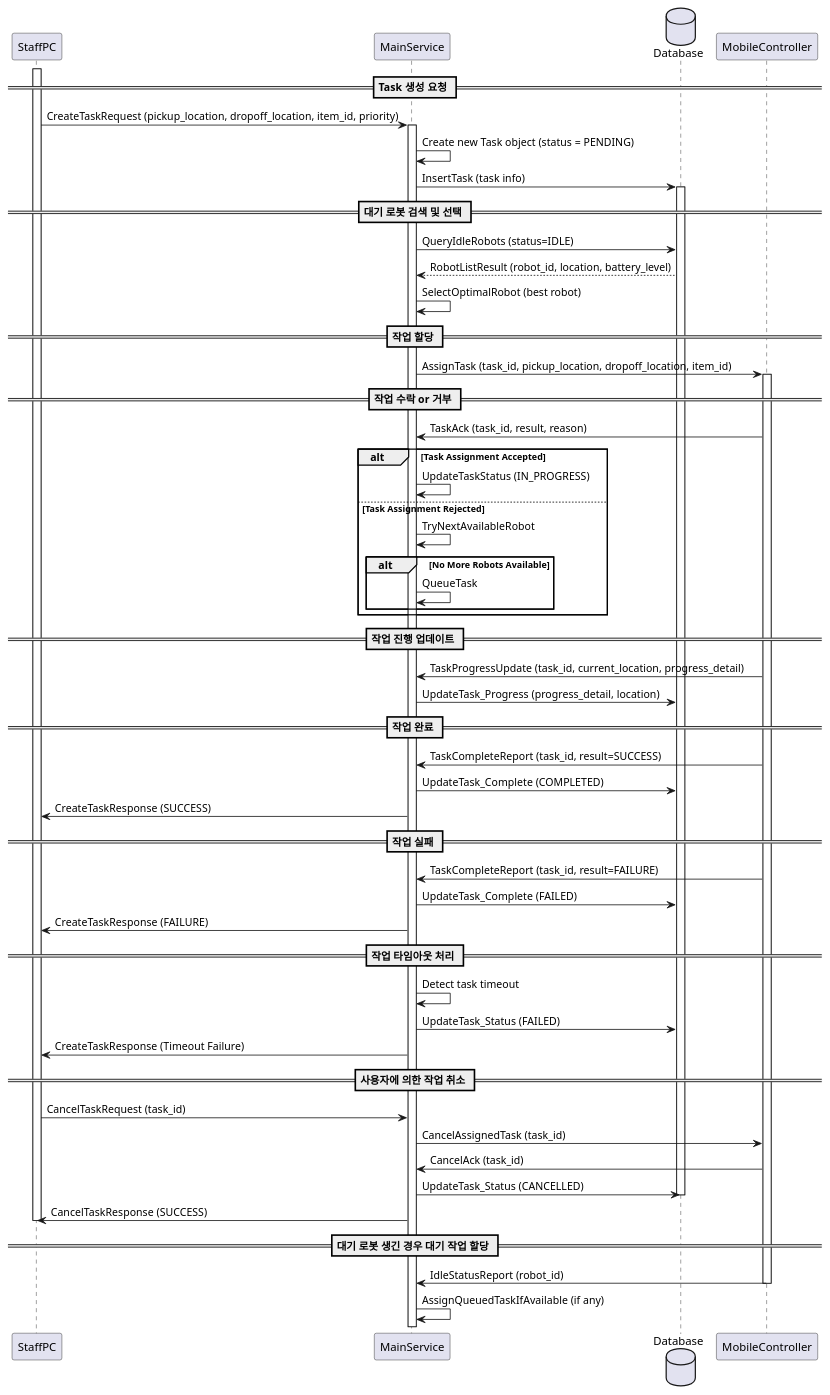
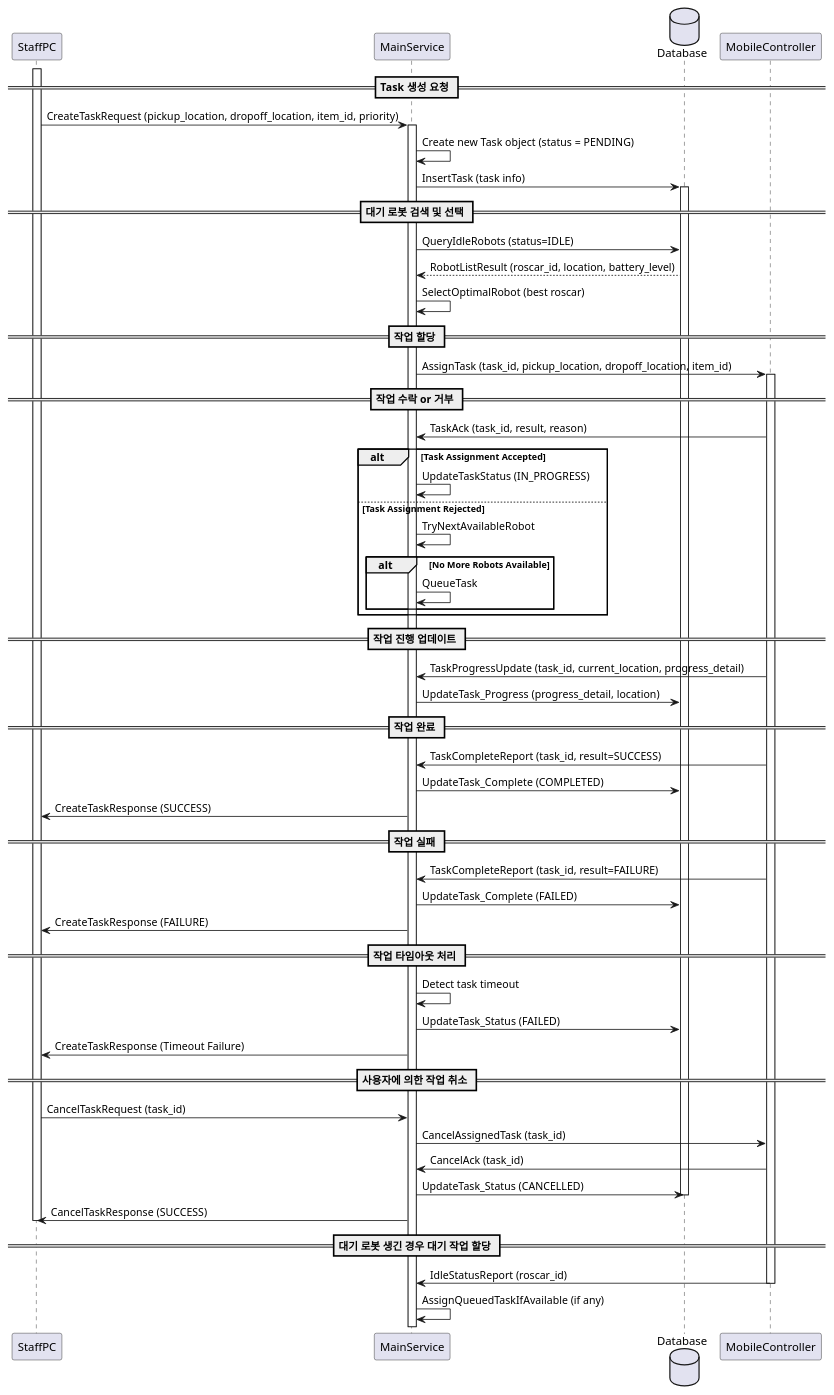
One commit to addinedu-ros-8th/ros-repo-3 changed diagram 13 of 24 in docs/sequence_diagram v1-component.md. Above: the diagram before and after it, drawn with PlantUML. The commit also changed other lines of this file and 108 other files, not shown here.

Commit message:
Fix build and Rename robot to roscar

```diff
--- a/docs/sequence_diagram v1-component.md
+++ b/docs/sequence_diagram v1-component.md
@@ -454,8 +454,8 @@
 
 activate Database
 MainService -> Database: QueryIdleRobots (status=IDLE)
-Database --> MainService: RobotListResult (robot_id, location, battery_level)
-MainService -> MainService: SelectOptimalRobot (best robot)
+Database --> MainService: RobotListResult (roscar_id, location, battery_level)
+MainService -> MainService: SelectOptimalRobot (best roscar)
 
 == 작업 할당 ==
 
@@ -511,7 +511,7 @@
 
 == 대기 로봇 생긴 경우 대기 작업 할당 ==
 
-MobileController -> MainService: IdleStatusReport (robot_id)
+MobileController -> MainService: IdleStatusReport (roscar_id)
 deactivate MobileController
 
 MainService -> MainService: AssignQueuedTaskIfAvailable (if any)
```
